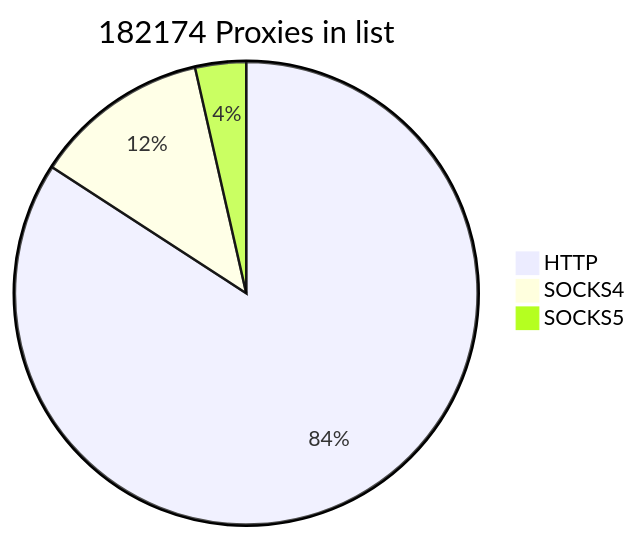
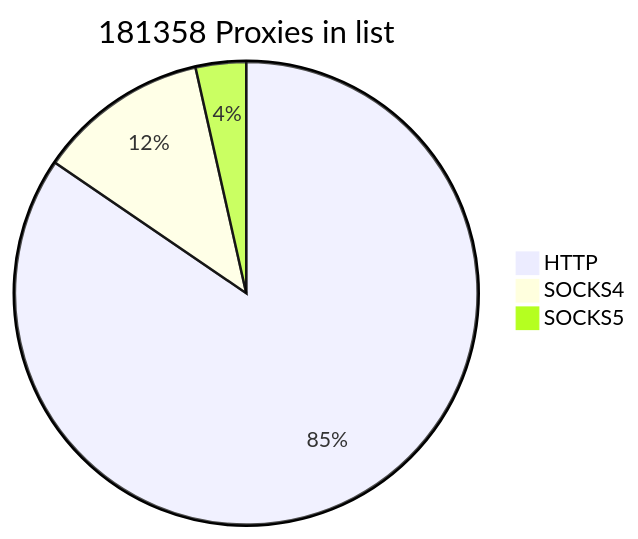
One commit to cutipu/proxylist changed the first of 2 diagrams in README.md. Above: the diagram before and after it, drawn with Mermaid. The commit also changed other lines of this file, not shown here.

````diff
--- a/README.md
+++ b/README.md
@@ -2,7 +2,7 @@
 ```mermaid
-pie title 182174 Proxies in list
-    "HTTP" : 153335
-    "SOCKS4" : 22366
-    "SOCKS5" : 6473
+pie title 181358 Proxies in list
+    "HTTP" : 153312
+    "SOCKS4" : 21663
+    "SOCKS5" : 6383
             
 ```
````
